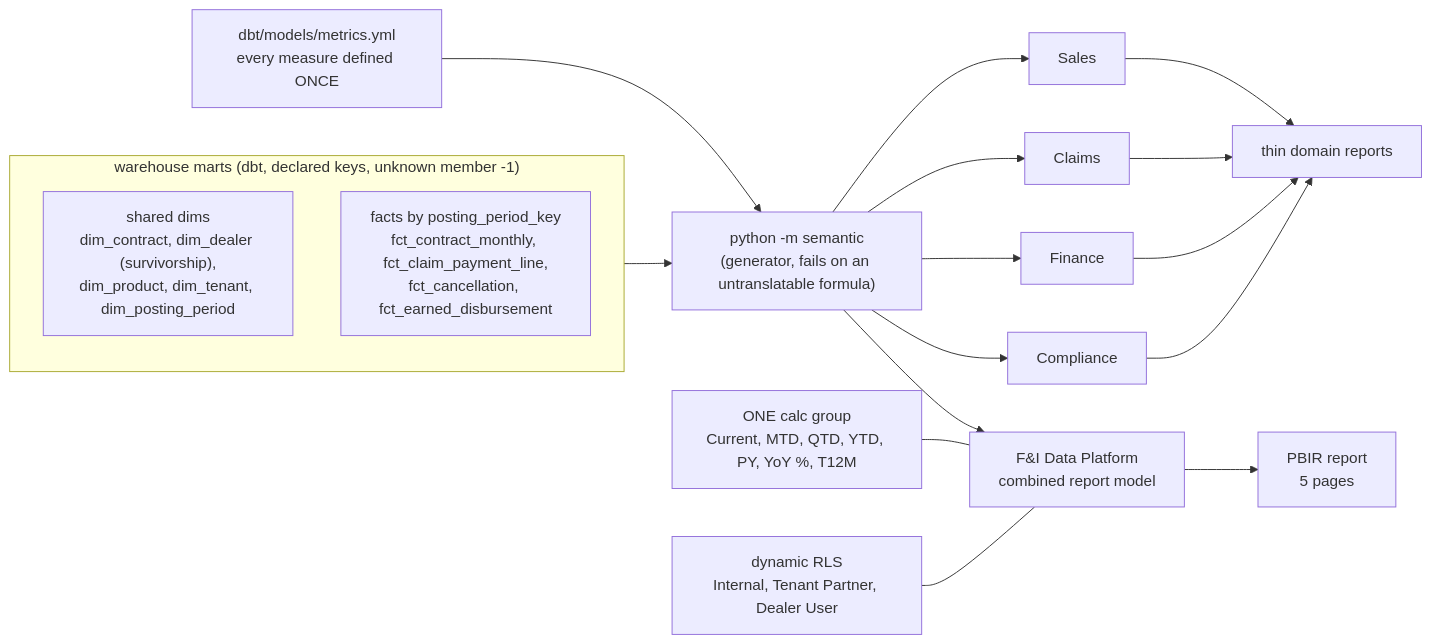
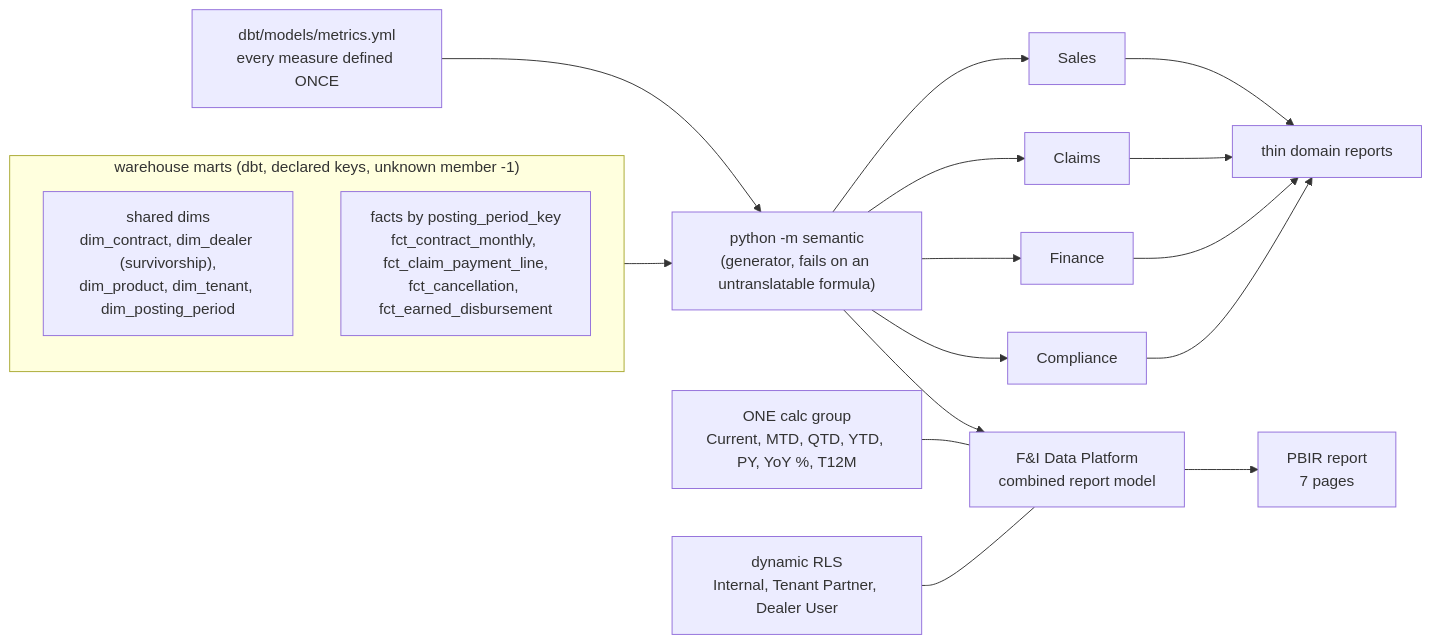
The second of 2 diagrams in docs/SEMANTIC_STRATEGY.md (MichaelH117/fi-data-platform), drawn with Mermaid before and after one commit. The commit also changed 197 other files, not shown here.

````diff
--- a/docs/SEMANTIC_STRATEGY.md
+++ b/docs/SEMANTIC_STRATEGY.md
@@ -49,18 +49,18 @@
 ```mermaid
 flowchart LR
   subgraph W["warehouse marts (dbt, declared keys, unknown member -1)"]
     DIMS["shared dims<br/>dim_contract, dim_dealer (survivorship),<br/>dim_product, dim_tenant, dim_posting_period"]
     FACTS["facts by posting_period_key<br/>fct_contract_monthly, fct_claim_payment_line,<br/>fct_cancellation, fct_earned_disbursement"]
   end
   MY["dbt/models/metrics.yml<br/>every measure defined ONCE"] --> GEN["python -m semantic<br/>(generator, fails on an untranslatable formula)"]
   W --> GEN
   GEN --> D1["Sales"]
   GEN --> D2["Claims"]
   GEN --> D3["Finance"]
   GEN --> D4["Compliance"]
   GEN --> RM["F&I Data Platform<br/>combined report model"]
   CG["ONE calc group<br/>Current, MTD, QTD, YTD, PY, YoY %, T12M"] --- RM
   RLS["dynamic RLS<br/>Internal, Tenant Partner, Dealer User"] --- RM
-  RM --> PB["PBIR report<br/>5 pages"]
+  RM --> PB["PBIR report<br/>7 pages"]
   D1 & D2 & D3 & D4 --> TR["thin domain reports"]
 ```
````
